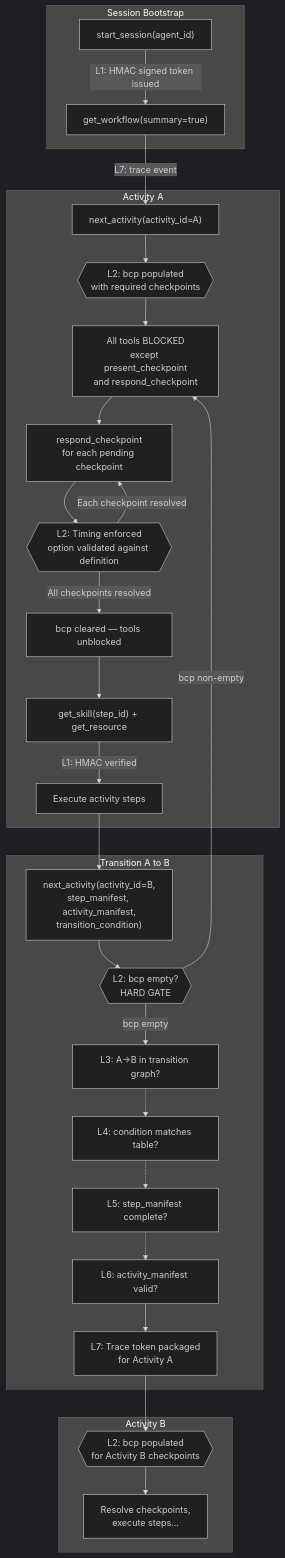
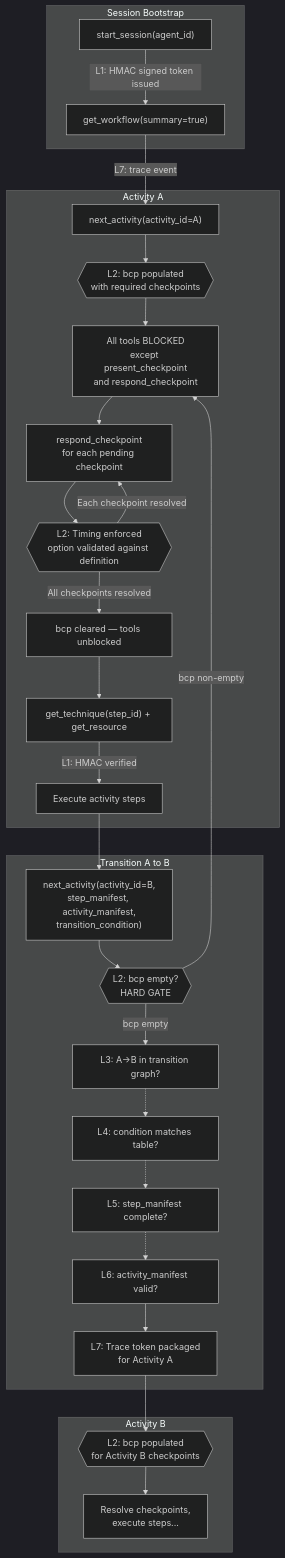
One commit to m2ux/workflow-server changed the diagram in docs/workflow-fidelity.md. Above: the diagram before and after it, drawn with Mermaid (dark theme). The commit also changed other lines of this file and 87 other files, not shown here.

````diff
--- a/docs/workflow-fidelity.md
+++ b/docs/workflow-fidelity.md
@@ -45,55 +45,55 @@
 ```mermaid
 flowchart TD
     subgraph bootstrap [Session Bootstrap]
         startSession["start_session(agent_id)"]
         getWorkflow["get_workflow(summary=true)"]
         startSession -->|"L1: HMAC signed token issued"| getWorkflow
     end
 
     subgraph actA [Activity A]
         nextA["next_activity(activity_id=A)"]
         cpGateA{{"L2: bcp populated\nwith required checkpoints"}}
         toolsBlocked["All tools BLOCKED\nexcept present_checkpoint\nand respond_checkpoint"]
         respondCp["respond_checkpoint\nfor each pending checkpoint"]
         cpTiming{{"L2: Timing enforced\noption validated against definition"}}
         bcpClear["bcp cleared — tools unblocked"]
-        getSkill["get_skill(step_id) + get_resource"]
+        getTechnique["get_technique(step_id) + get_resource"]
         executeSteps["Execute activity steps"]
     end
 
     subgraph transition [Transition A to B]
         nextB["next_activity(activity_id=B,\nstep_manifest, activity_manifest,\ntransition_condition)"]
         hardGate{{"L2: bcp empty?\nHARD GATE"}}
         transCheck["L3: A→B in transition graph?"]
         condCheck["L4: condition matches table?"]
         stepCheck["L5: step_manifest complete?"]
         actCheck["L6: activity_manifest valid?"]
         tracePackage["L7: Trace token packaged\nfor Activity A"]
     end
 
     subgraph actB [Activity B]
         cpGateB{{"L2: bcp populated\nfor Activity B checkpoints"}}
         continueB["Resolve checkpoints,\nexecute steps..."]
     end
 
     getWorkflow -->|"L7: trace event"| nextA
     nextA --> cpGateA
     cpGateA --> toolsBlocked
     toolsBlocked --> respondCp
     respondCp --> cpTiming
     cpTiming -->|"Each checkpoint resolved"| respondCp
     cpTiming -->|"All checkpoints resolved"| bcpClear
-    bcpClear --> getSkill
-    getSkill -->|"L1: HMAC verified"| executeSteps
+    bcpClear --> getTechnique
+    getTechnique -->|"L1: HMAC verified"| executeSteps
 
     executeSteps --> nextB
     nextB --> hardGate
     hardGate -->|"bcp non-empty"| toolsBlocked
     hardGate -->|"bcp empty"| transCheck
     transCheck -.-> condCheck
     condCheck -.-> stepCheck
     stepCheck -.-> actCheck
     actCheck --> tracePackage
     tracePackage --> cpGateB
     cpGateB --> continueB
 ```
````
